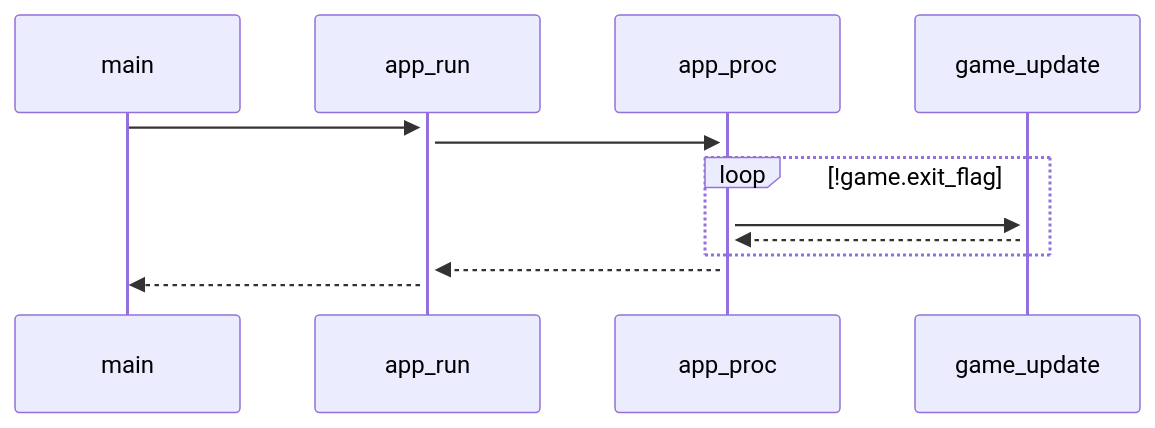
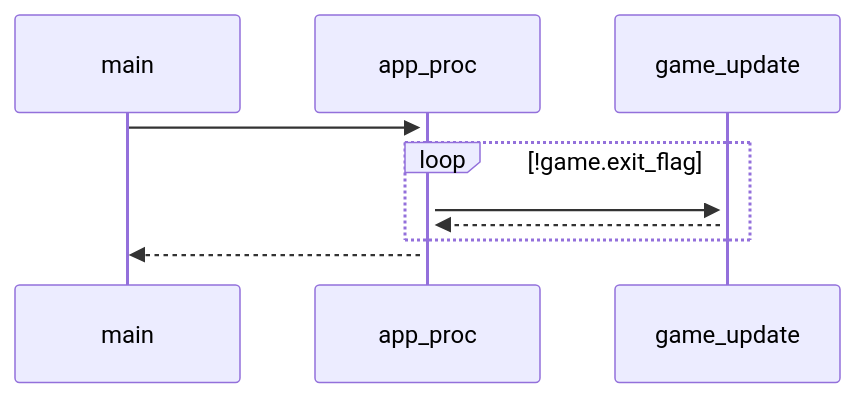
Before and after one commit to aganm/yarnspin: the second of 2 diagrams in docs/programmer.md, drawn with Mermaid.

````diff
--- a/docs/programmer.md
+++ b/docs/programmer.md
@@ -166,11 +166,9 @@
 ```mermaid
-  sequenceDiagram
-    main->>+app_run:
-    app_run->>+app_proc:
+ sequenceDiagram
+    main->>+app_proc:
     loop !game.exit_flag
         app_proc->>+game_update:
         game_update-->>app_proc:
     end
-    app_proc-->>app_run:
-    app_run-->>main:
+    app_proc-->>main:
 ```
````
